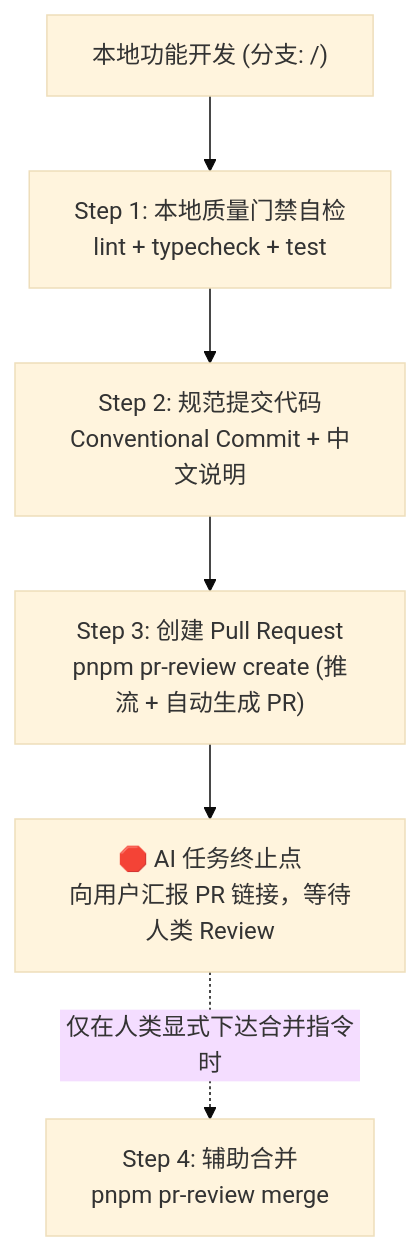
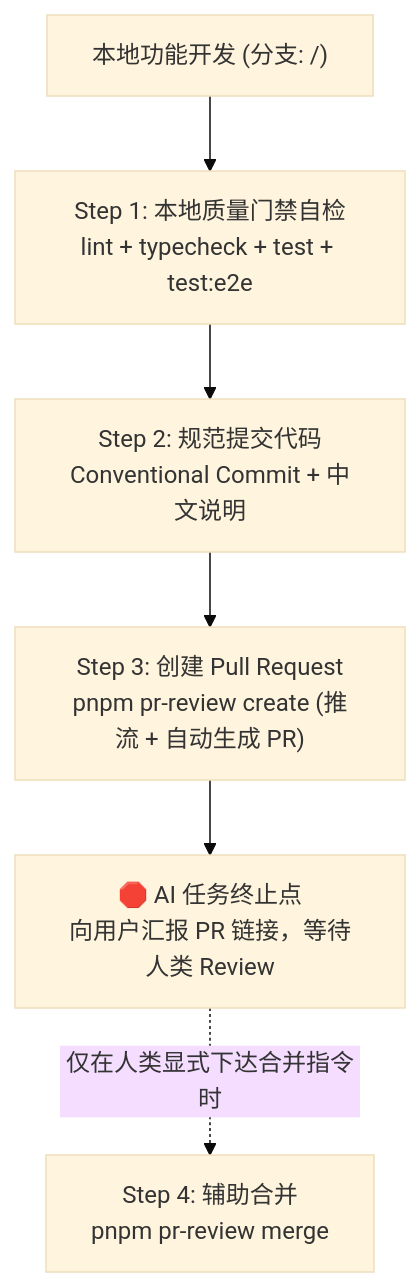
Before and after one commit to BanShan-Alec/Snapword: the diagram in .github/CICD.md, drawn with Mermaid (base theme). The commit also changed other lines of this file and 18 other files, not shown here.

````diff
--- a/.github/CICD.md
+++ b/.github/CICD.md
@@ -24,8 +24,8 @@
 ```mermaid
 flowchart TD
-  A["本地功能开发 (分支: <type>/<topic>)"] --> B["Step 1: 本地质量门禁自检<br/>lint + typecheck + test"]
+  A["本地功能开发 (分支: <type>/<topic>)"] --> B["Step 1: 本地质量门禁自检<br/>lint + typecheck + test + test:e2e"]
   B --> C["Step 2: 规范提交代码<br/>Conventional Commit + 中文说明"]
   C --> D["Step 3: 创建 Pull Request<br/>pnpm pr-review create (推流 + 自动生成 PR)"]
   D --> E["🛑 AI 任务终止点<br/>向用户汇报 PR 链接，等待人类 Review"]
   E -.->|"仅在人类显式下达合并指令时"| F["Step 4: 辅助合并<br/>pnpm pr-review merge"]
 ```
````
